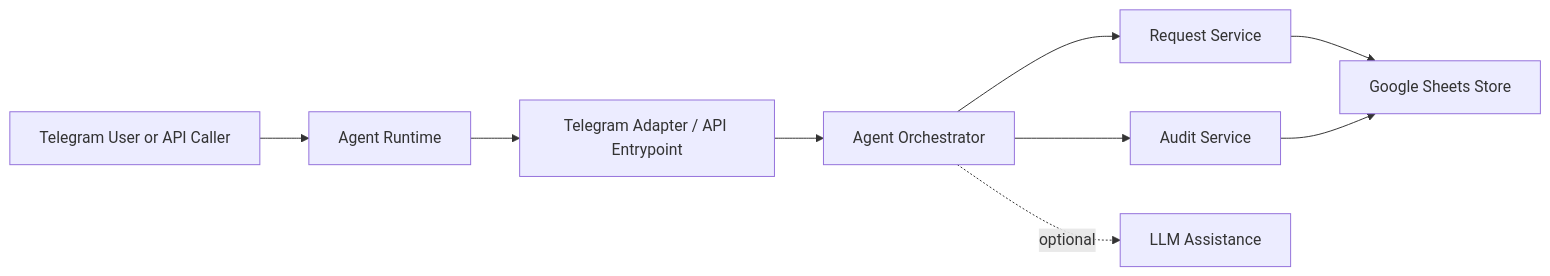
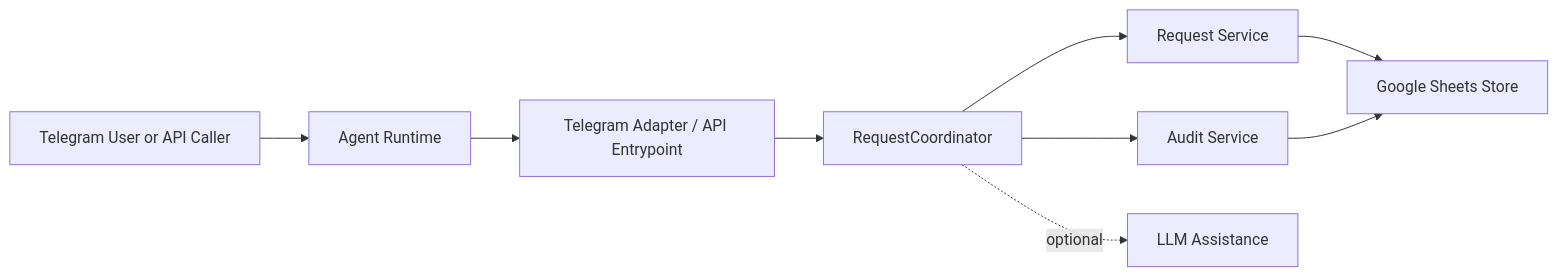
One commit to nhnhat1208/marker-checker changed the diagram in docs/technical-design/architecture.md. Above: the diagram before and after it, drawn with Mermaid. The commit also changed other lines of this file and 48 other files, not shown here.

````diff
--- a/docs/technical-design/architecture.md
+++ b/docs/technical-design/architecture.md
@@ -17,11 +17,11 @@
 ```mermaid
 flowchart LR
     A[Telegram User or API Caller] --> B[Agent Runtime]
     B --> C[Telegram Adapter / API Entrypoint]
-    C --> D[Agent Orchestrator]
+    C --> D[RequestCoordinator]
     D --> E[Request Service]
     D --> F[Audit Service]
     D -. optional .-> G[LLM Assistance]
     E --> H[Google Sheets Store]
     F --> H
 ```
````
